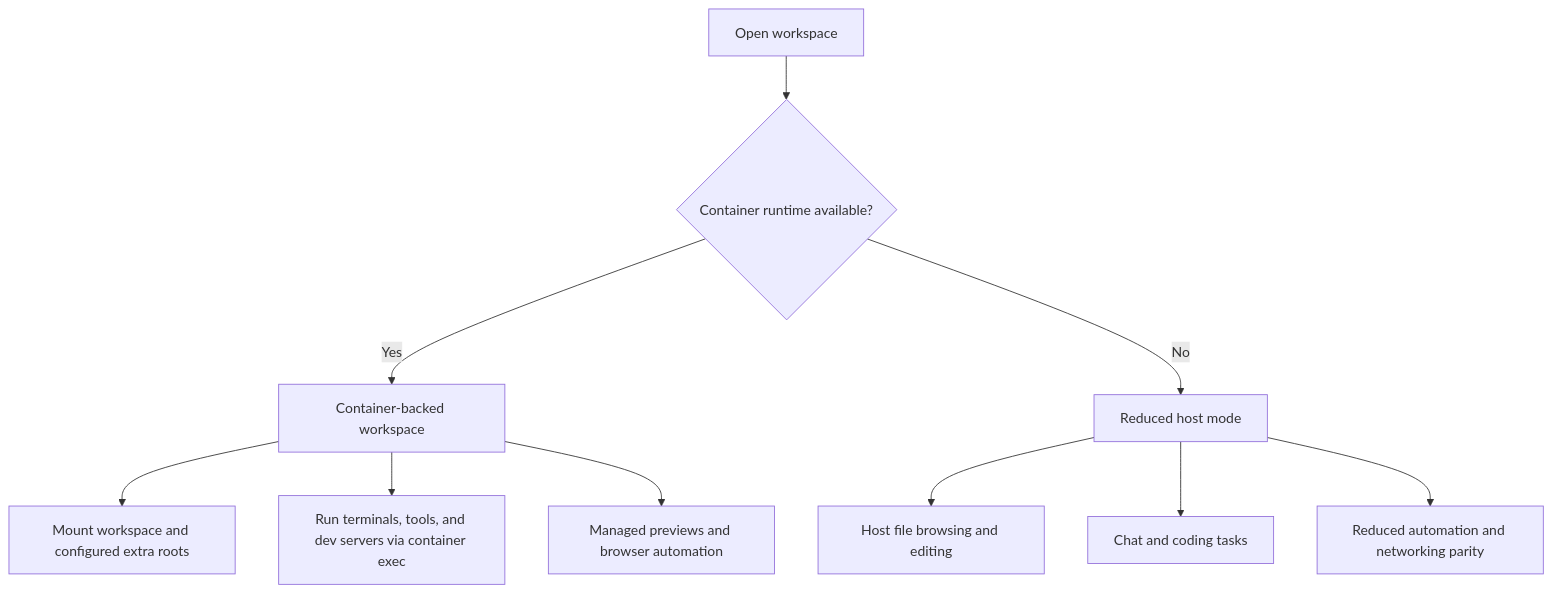
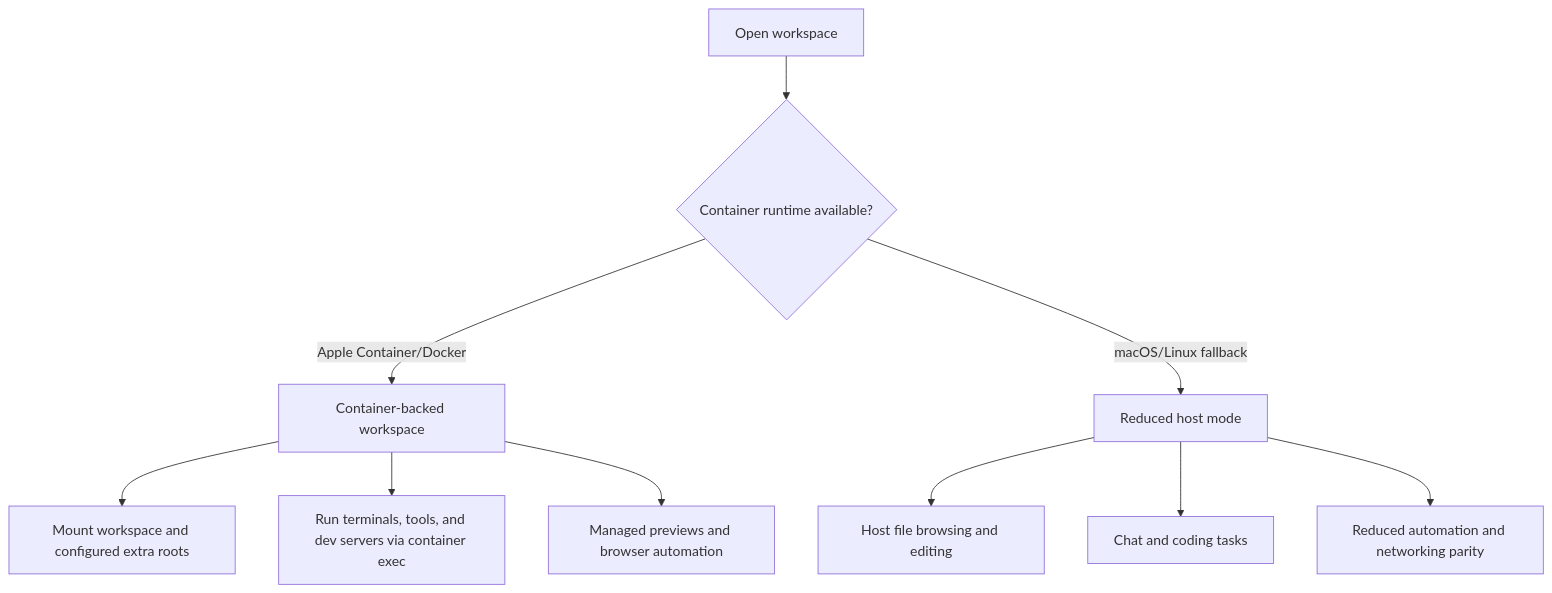
One commit to sero-labs/sero changed the second of 2 diagrams in apps/docs-site/docs/reference/architecture.md. Above: the diagram before and after it, drawn with Mermaid. The commit also changed other lines of this file and 24 other files, not shown here.

````diff
--- a/apps/docs-site/docs/reference/architecture.md
+++ b/apps/docs-site/docs/reference/architecture.md
@@ -90,14 +91,14 @@
 ```mermaid
 flowchart TD
   Open[Open workspace] --> Check{Container runtime available?}
-  Check -->|Yes| Container[Container-backed workspace]
-  Check -->|No| Host[Reduced host mode]
+  Check -->|Apple Container/Docker| Container[Container-backed workspace]
+  Check -->|macOS/Linux fallback| Host[Reduced host mode]
 
   Container --> Mounts[Mount workspace and configured extra roots]
   Container --> Exec["Run terminals, tools, and dev servers via container exec"]
   Container --> Preview[Managed previews and browser automation]
 
   Host --> HostFiles[Host file browsing and editing]
   Host --> HostChat[Chat and coding tasks]
   Host --> Limits[Reduced automation and networking parity]
 ```
````
